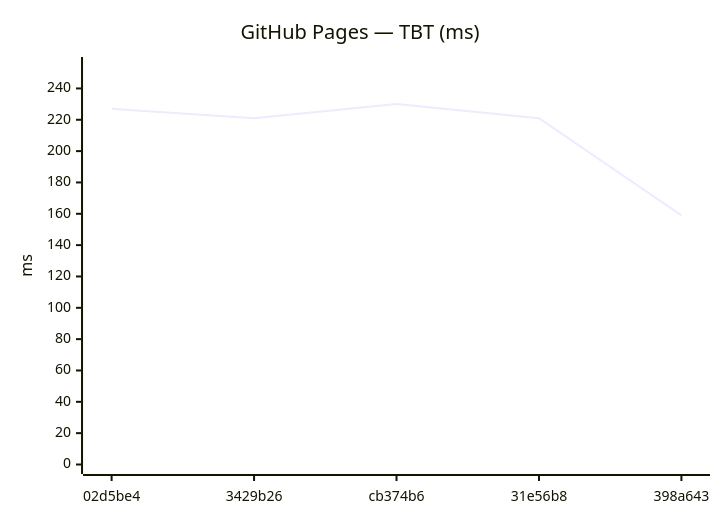
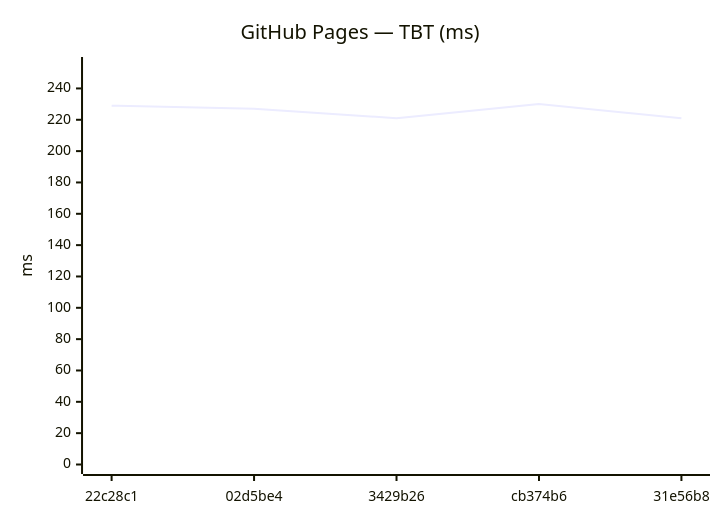
The tenth of 18 diagrams in benchmarks/compare.md (Metaheurist/Rianell), drawn with Mermaid before and after one commit. The commit also changed other lines of this file and 11 other files, not shown here.

````diff
--- a/benchmarks/compare.md
+++ b/benchmarks/compare.md
@@ -149,7 +149,7 @@
 ```mermaid
 xychart-beta
     title "GitHub Pages — TBT (ms)"
-    x-axis ["02d5be4", "3429b26", "cb374b6", "31e56b8", "398a643"]
+    x-axis ["22c28c1", "02d5be4", "3429b26", "cb374b6", "31e56b8"]
     y-axis "ms" 0 --> 254
-    line [227, 221, 230, 221, 159]
+    line [229, 227, 221, 230, 221]
 ```
````
